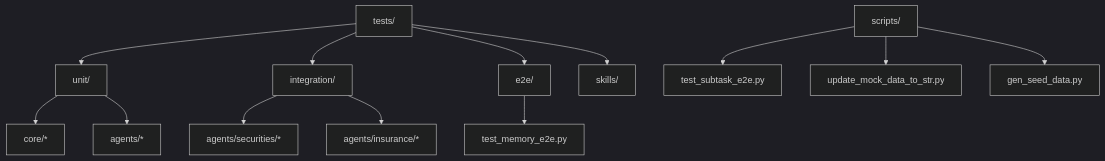
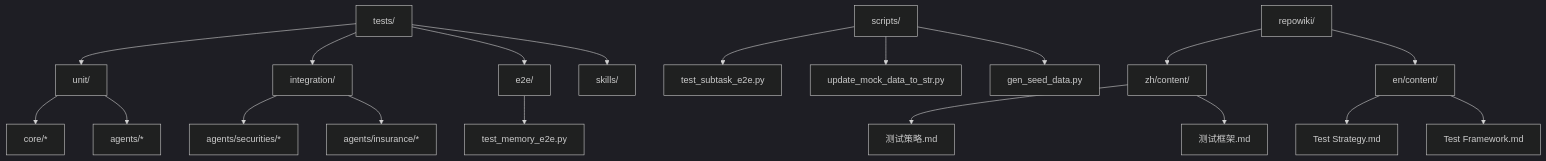
The first of 10 diagrams in repowiki/zh/content/测试策略/测试策略.md (YU-JI-KUI/ark-agentic), drawn with Mermaid (dark theme) before and after one commit. The commit also changed other lines of this file and 10 other files, not shown here.

````diff
--- a/repowiki/zh/content/测试策略/测试策略.md
+++ b/repowiki/zh/content/测试策略/测试策略.md
@@ -43,15 +54,21 @@
 ```mermaid
 graph TB
 A["tests/"] --> B["unit/"]
 A --> C["integration/"]
 A --> D["e2e/"]
 A --> E["skills/"]
 F["scripts/"] --> G["test_subtask_e2e.py"]
 F --> H["update_mock_data_to_str.py"]
 F --> I["gen_seed_data.py"]
 B --> B1["core/*"]
 B --> B2["agents/*"]
 C --> C1["agents/securities/*"]
 C --> C2["agents/insurance/*"]
 D --> D1["test_memory_e2e.py"]
+J["repowiki/"] --> J1["zh/content/"]
+J --> J2["en/content/"]
+J1 --> J3["测试策略.md"]
+J1 --> J4["测试框架.md"]
+J2 --> J5["Test Strategy.md"]
+J2 --> J6["Test Framework.md"]
 ```
````
